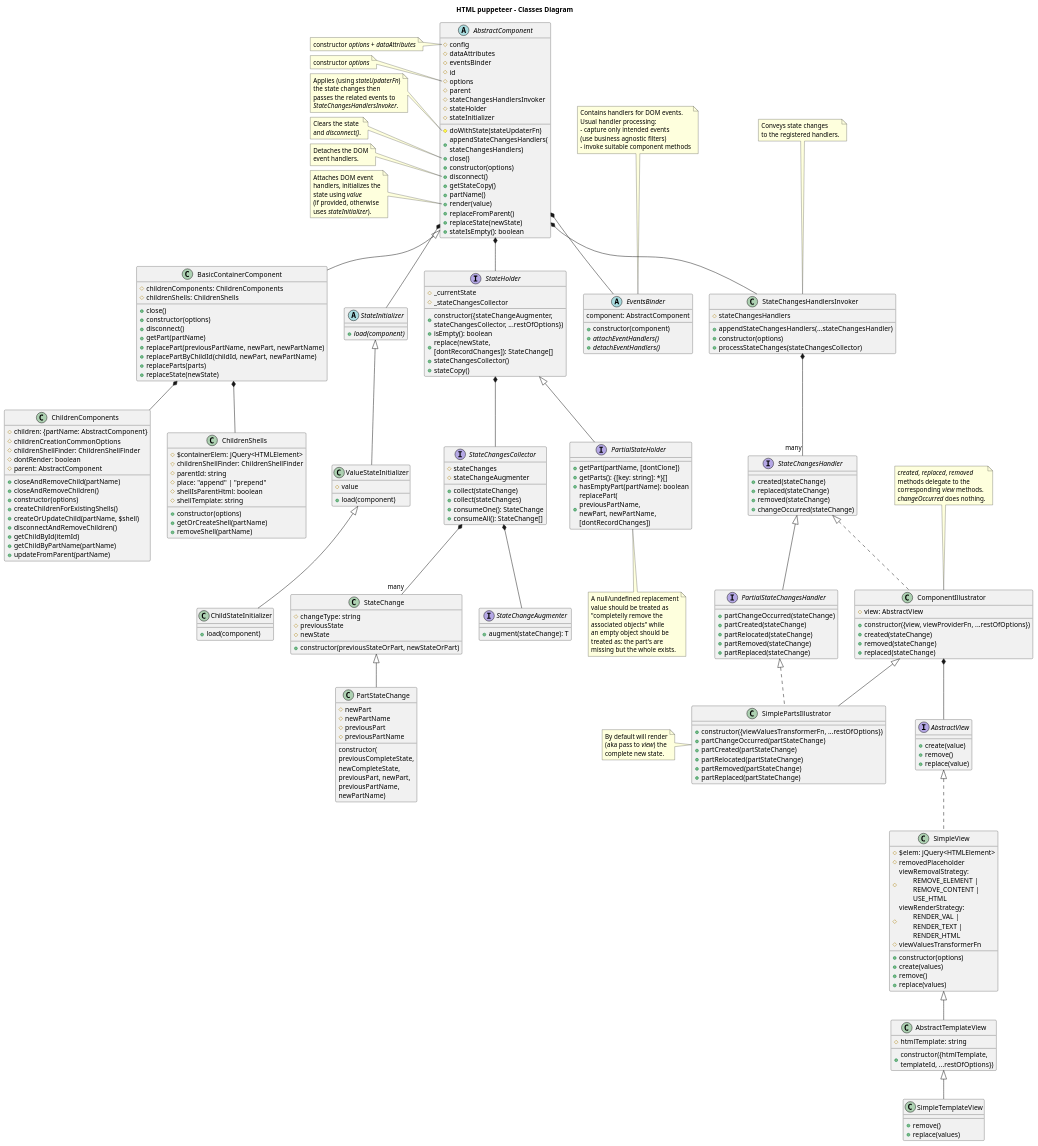
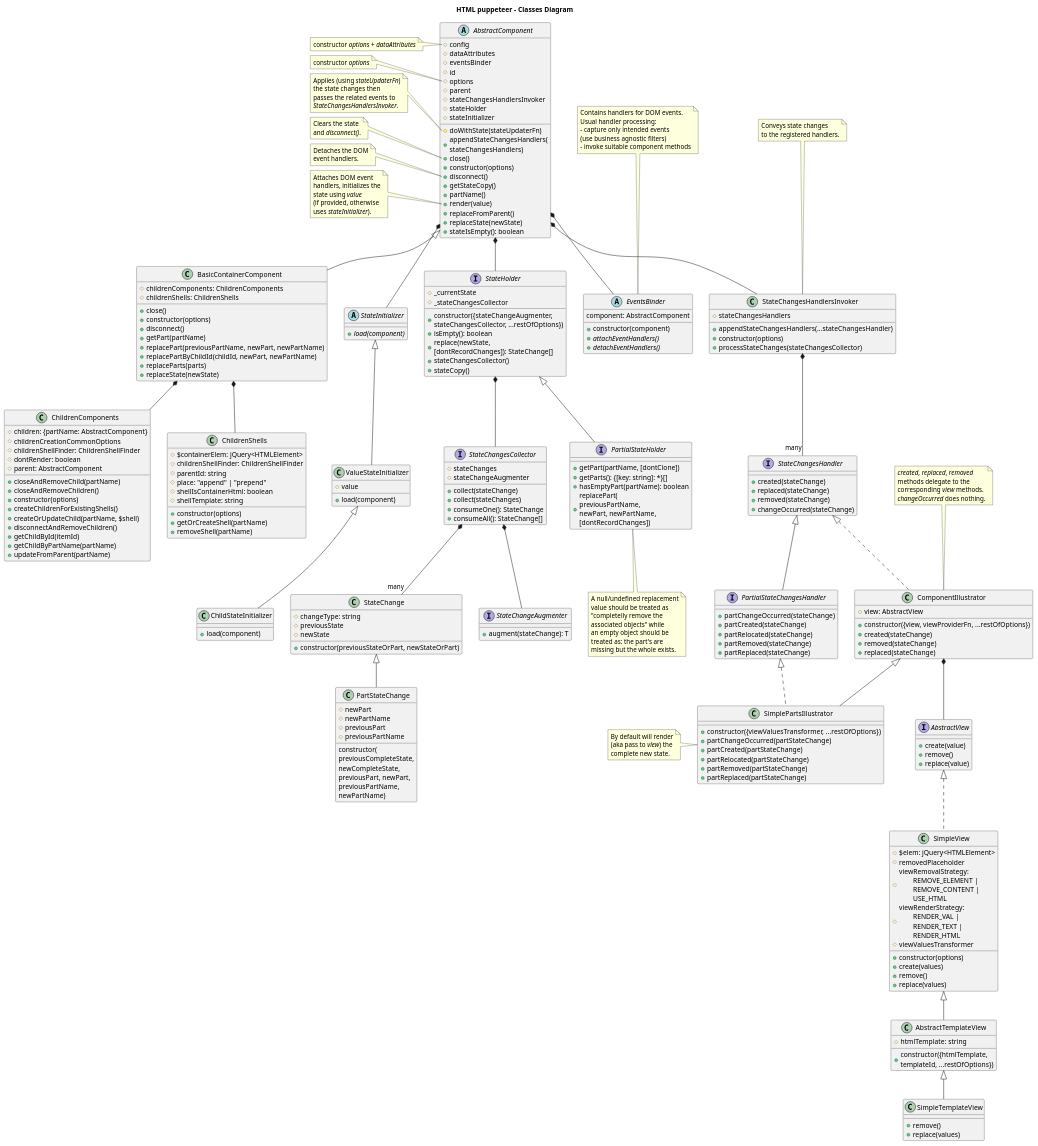
One commit to adrhc/html-puppeteer changed the diagram in design/classes-diagram.puml. Above: the diagram before and after it, drawn with PlantUML. The commit also changed 61 other files, not shown here.

```diff
--- a/design/classes-diagram.puml
+++ b/design/classes-diagram.puml
@@ -63,7 +63,7 @@
 #childrenShellFinder: ChildrenShellFinder
 #parentId: string
 #place: "append" | "prepend"
-#shellIsParentHtml: boolean
+#shellIsContainerHtml: boolean
 #shellTemplate: string
 +constructor(options)
 +getOrCreateShell(partName)
@@ -236,7 +236,7 @@
 #removedPlaceholder
 #viewRemovalStrategy: \n\tREMOVE_ELEMENT |\n\tREMOVE_CONTENT |\n\tUSE_HTML
 #viewRenderStrategy: \n\tRENDER_VAL |\n\tRENDER_TEXT |\n\tRENDER_HTML
-#viewValuesTransformerFn
+#viewValuesTransformer
 +constructor(options)
 +create(values)
 +remove()
@@ -311,7 +311,7 @@
 end note
 
 class SimplePartsIllustrator extends ComponentIllustrator implements PartialStateChangesHandler {
-+constructor({viewValuesTransformerFn, ...restOfOptions})
++constructor({viewValuesTransformer, ...restOfOptions})
 +partChangeOccurred(partStateChange)
 +partCreated(partStateChange)
 +partRelocated(partStateChange)
```
